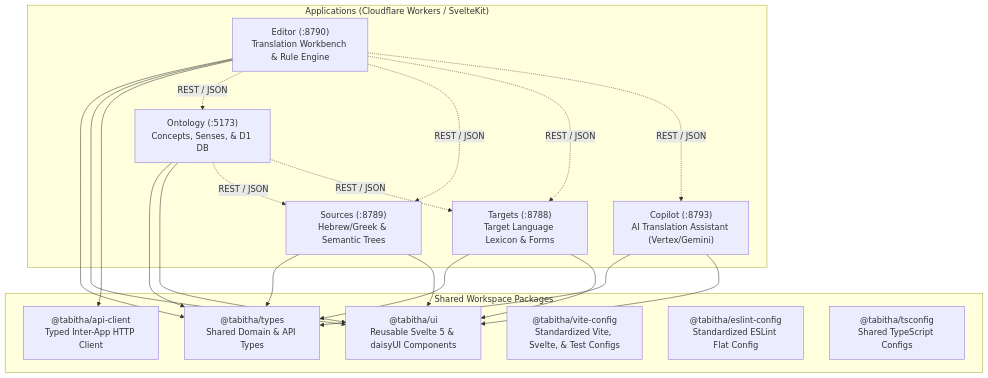
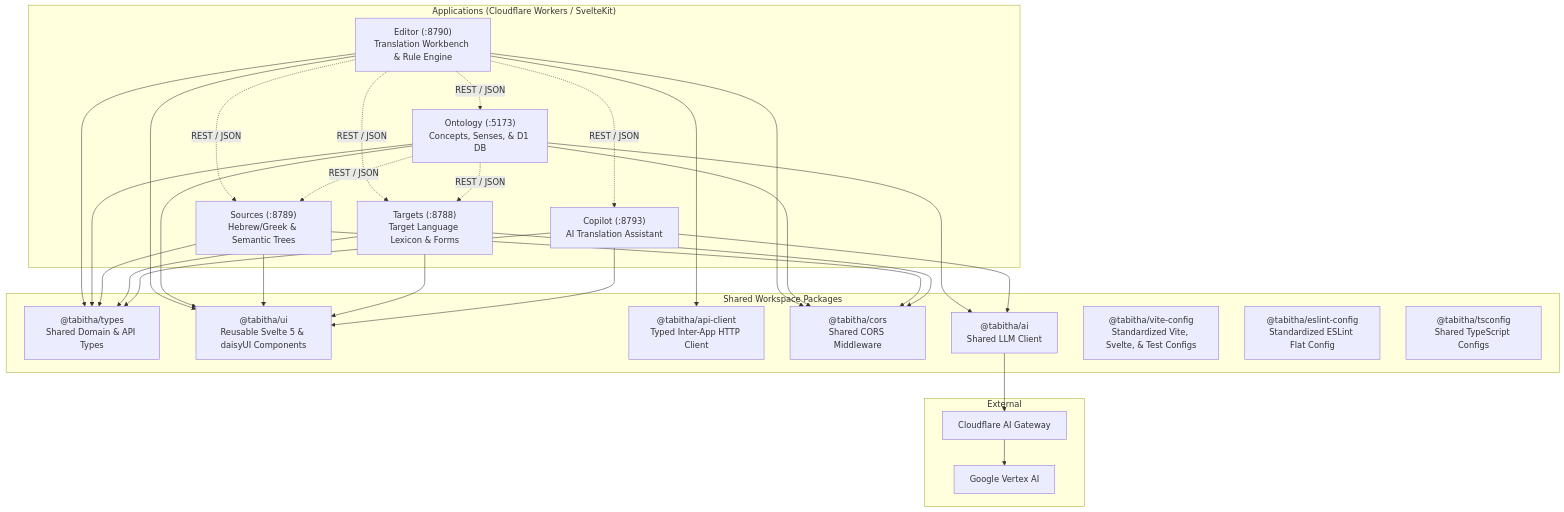
The diagram in CONTRIBUTING.md (presciencelabs/tabitha), drawn with Mermaid before and after one commit. The commit also changed other lines of this file and 10 other files, not shown here.

First line of the commit message:
docs: update architecture diagrams for AI Gateway consolidation (#43)

````diff
--- a/CONTRIBUTING.md
+++ b/CONTRIBUTING.md
@@ -11,38 +11,53 @@
 ```mermaid
 graph TD
 	subgraph Apps ["Applications (Cloudflare Workers / SvelteKit)"]
 		Editor["Editor (:8790)<br/>Translation Workbench & Rule Engine"]
 		Ontology["Ontology (:5173)<br/>Concepts, Senses, & D1 DB"]
 		Sources["Sources (:8789)<br/>Hebrew/Greek & Semantic Trees"]
 		Targets["Targets (:8788)<br/>Target Language Lexicon & Forms"]
-		Copilot["Copilot (:8793)<br/>AI Translation Assistant (Vertex/Gemini)"]
+		Copilot["Copilot (:8793)<br/>AI Translation Assistant"]
 	end
 
 	subgraph SharedPackages ["Shared Workspace Packages"]
 		Types["@tabitha/types<br/>Shared Domain & API Types"]
 		UI["@tabitha/ui<br/>Reusable Svelte 5 & daisyUI Components"]
 		ApiClient["@tabitha/api-client<br/>Typed Inter-App HTTP Client"]
+		Cors["@tabitha/cors<br/>Shared CORS Middleware"]
+		AI["@tabitha/ai<br/>Shared LLM Client"]
 		ViteConfig["@tabitha/vite-config<br/>Standardized Vite, Svelte, & Test Configs"]
 		ESLintConfig["@tabitha/eslint-config<br/>Standardized ESLint Flat Config"]
 		TSConfig["@tabitha/tsconfig<br/>Shared TypeScript Configs"]
 	end
 
+	subgraph External ["External"]
+		Gateway["Cloudflare AI Gateway"]
+		Vertex["Google Vertex AI"]
+	end
+
 	Editor --> Types
 	Editor --> UI
 	Editor --> ApiClient
+	Editor --> Cors
 	Ontology --> Types
 	Ontology --> UI
+	Ontology --> Cors
+	Ontology --> AI
 	Sources --> Types
 	Sources --> UI
+	Sources --> Cors
 	Targets --> Types
 	Targets --> UI
+	Targets --> Cors
 	Copilot --> Types
 	Copilot --> UI
+	Copilot --> AI
 
 	Editor -.->|"REST / JSON"| Ontology
 	Editor -.->|"REST / JSON"| Sources
 	Editor -.->|"REST / JSON"| Targets
 	Editor -.->|"REST / JSON"| Copilot
 	Ontology -.->|"REST / JSON"| Sources
 	Ontology -.->|"REST / JSON"| Targets
+
+	AI --> Gateway --> Vertex
 ```
````
